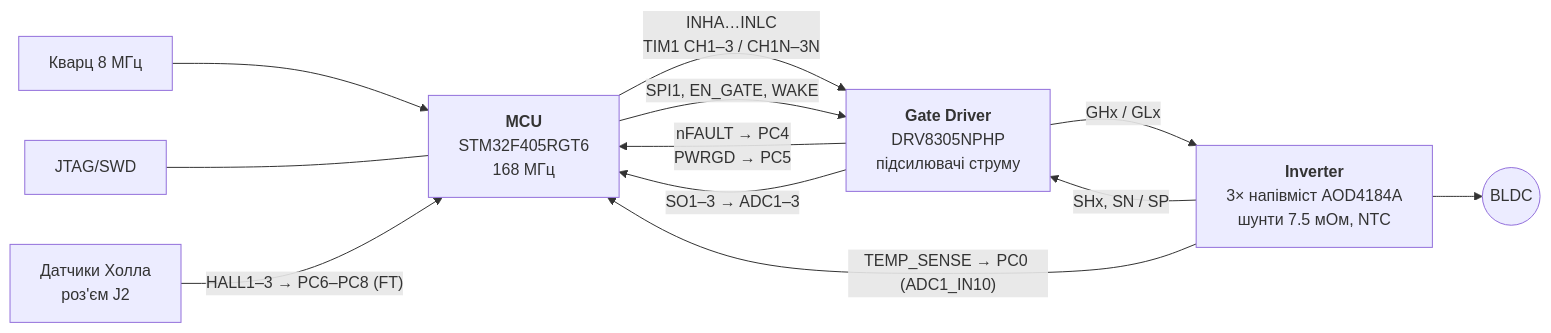
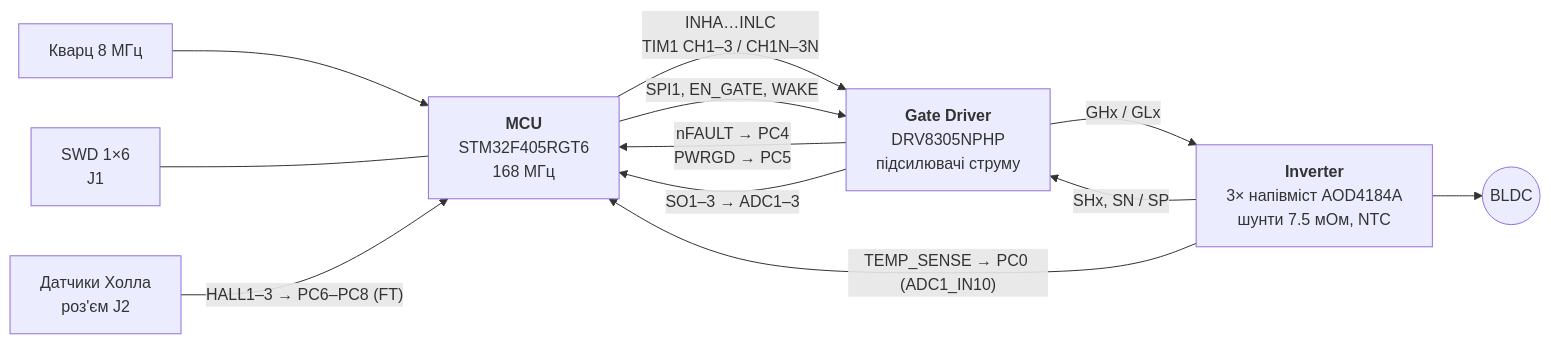
The first of 2 diagrams in motor-drive-controller/docs/architecture.md (anhro/hardware-development), drawn with Mermaid before and after one commit. The commit also changed other lines of this file and 8 other files, not shown here.

````diff
--- a/motor-drive-controller/docs/architecture.md
+++ b/motor-drive-controller/docs/architecture.md
@@ -8,19 +8,19 @@
 ```mermaid
 flowchart LR
     HSE["Кварц 8 МГц"] --> MCU
-    DBG["JTAG/SWD"] --- MCU
+    DBG["SWD 1×6<br/>J1"] --- MCU
     HALL["Датчики Холла<br/>роз'єм J2"] -- "HALL1–3 → PC6–PC8 (FT)" --> MCU
 
     MCU["<b>MCU</b><br/>STM32F405RGT6<br/>168 МГц"]
     DRV["<b>Gate Driver</b><br/>DRV8305NPHP<br/>підсилювачі струму"]
     INV["<b>Inverter</b><br/>3× напівміст AOD4184A<br/>шунти 7.5 мОм, NTC"]
 
     MCU -- "INHA…INLC<br/>TIM1 CH1–3 / CH1N–3N" --> DRV
     DRV -- "nFAULT → PC4<br/>PWRGD → PC5" --> MCU
     MCU -- "SPI1, EN_GATE, WAKE" --> DRV
     DRV -- "SO1–3 → ADC1–3" --> MCU
     DRV -- "GHx / GLx" --> INV
     INV -- "SHx, SN / SP" --> DRV
     INV -- "TEMP_SENSE → PC0 (ADC1_IN10)" --> MCU
     INV --> M(("BLDC"))
 ```
````
